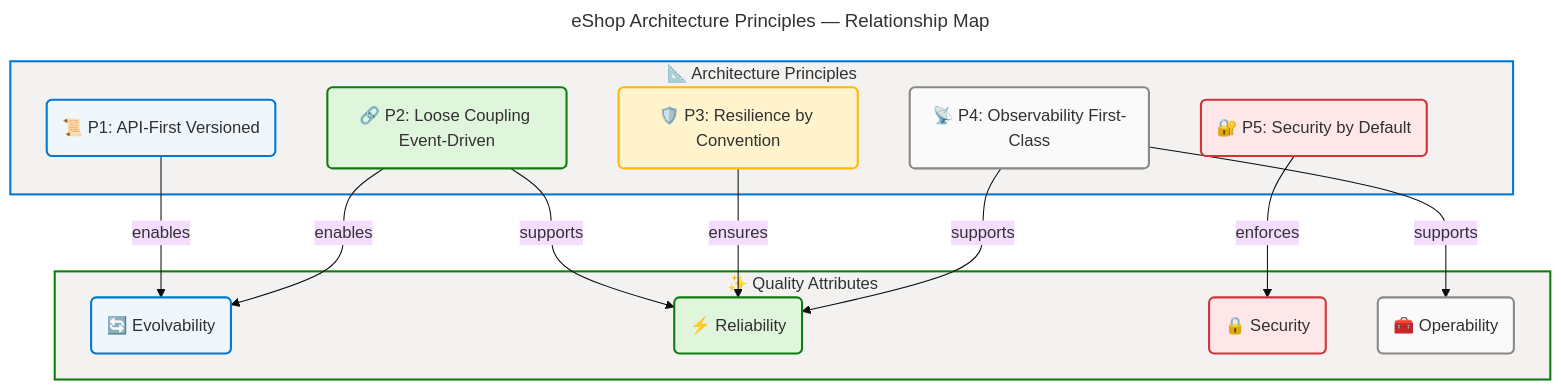
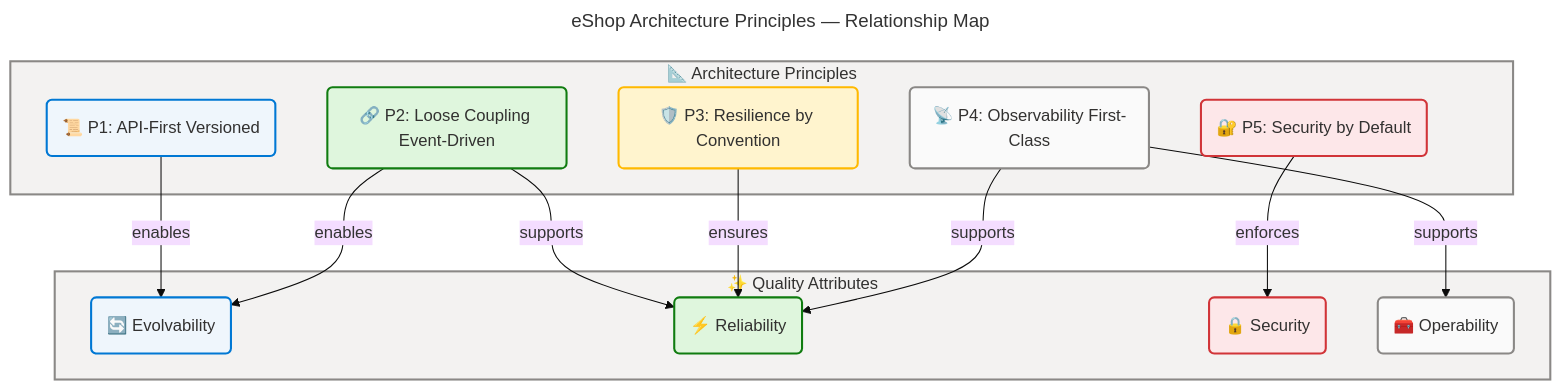
One commit to Evilazaro/eShop changed the fourth of 7 diagrams in docs/architecture/application-architecture.md. Above: the diagram before and after it, drawn with Mermaid. The commit also changed other lines of this file, not shown here.

Commit message:
refactor: update flowchart governance comments and styling for consistency and accessibility

````diff
--- a/docs/architecture/application-architecture.md
+++ b/docs/architecture/application-architecture.md
@@ -587,51 +611,59 @@
 ```mermaid
 ---
 title: eShop Architecture Principles — Relationship Map
 config:
   theme: base
   look: classic
   layout: dagre
   themeVariables:
     fontSize: '16px'
   flowchart:
     htmlLabels: true
 ---
 flowchart TB
     accTitle: eShop Architecture Principles Relationship Map
     accDescr: Shows how the five architecture principles relate to each other and to system quality attributes
 
+    %% ═══════════════════════════════════════════════════════════════════════════
     %% AZURE / FLUENT ARCHITECTURE PATTERN v2.0
-    %% PHASE 1-5 governance applied
+    %% (Semantic + Structural + Font + Accessibility Governance)
+    %% ═══════════════════════════════════════════════════════════════════════════
+    %% PHASE 1 - FLUENT UI: All styling uses approved Fluent UI palette only
+    %% PHASE 2 - GROUPS: Every subgraph has semantic color via style directive
+    %% PHASE 3 - COMPONENTS: Every node has semantic classDef + icon prefix
+    %% PHASE 4 - ACCESSIBILITY: accTitle/accDescr present, WCAG AA contrast
+    %% PHASE 5 - STANDARD: Governance block present, classDefs centralized
+    %% ═══════════════════════════════════════════════════════════════════════════
 
     subgraph principles["📐 Architecture Principles"]
         p1("📜 P1: API-First Versioned"):::core
         p2("🔗 P2: Loose Coupling Event-Driven"):::success
         p3("🛡️ P3: Resilience by Convention"):::warning
         p4("📡 P4: Observability First-Class"):::neutral
         p5("🔐 P5: Security by Default"):::danger
     end
 
     subgraph qualities["✨ Quality Attributes"]
         evolvability("🔄 Evolvability"):::core
         reliability("⚡ Reliability"):::success
         security("🔒 Security"):::danger
         operability("🧰 Operability"):::neutral
     end
 
     p1 -->|enables| evolvability
     p2 -->|enables| evolvability
     p2 -->|supports| reliability
     p3 -->|ensures| reliability
     p4 -->|supports| operability
     p4 -->|supports| reliability
     p5 -->|enforces| security
 
     classDef neutral fill:#FAFAFA,stroke:#8A8886,stroke-width:2px,color:#323130
     classDef core fill:#EFF6FC,stroke:#0078D4,stroke-width:2px,color:#323130
     classDef success fill:#DFF6DD,stroke:#107C10,stroke-width:2px,color:#323130
     classDef warning fill:#FFF4CE,stroke:#FFB900,stroke-width:2px,color:#323130
     classDef danger fill:#FDE7E9,stroke:#D13438,stroke-width:2px,color:#323130
 
-    style principles fill:#F3F2F1,stroke:#0078D4,stroke-width:2px,color:#323130
-    style qualities fill:#F3F2F1,stroke:#107C10,stroke-width:2px,color:#323130
+    style principles fill:#F3F2F1,stroke:#8A8886,stroke-width:2px,color:#323130
+    style qualities fill:#F3F2F1,stroke:#8A8886,stroke-width:2px,color:#323130
 ```
````
